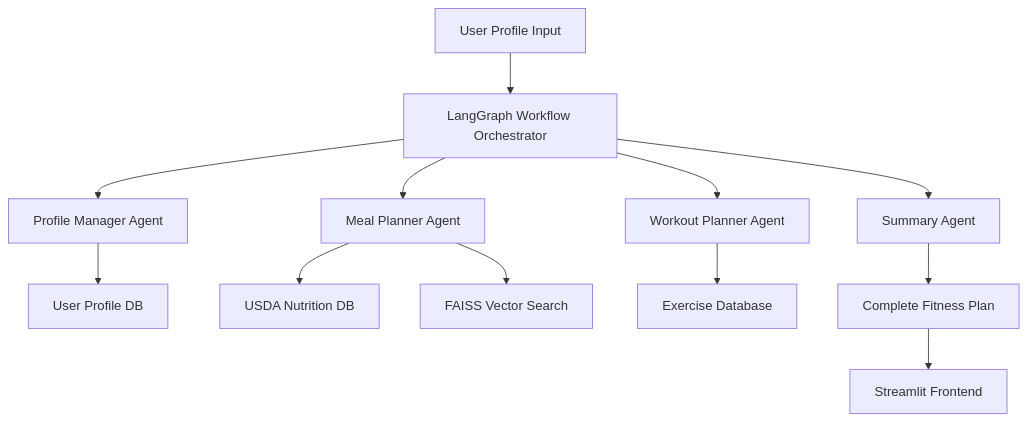
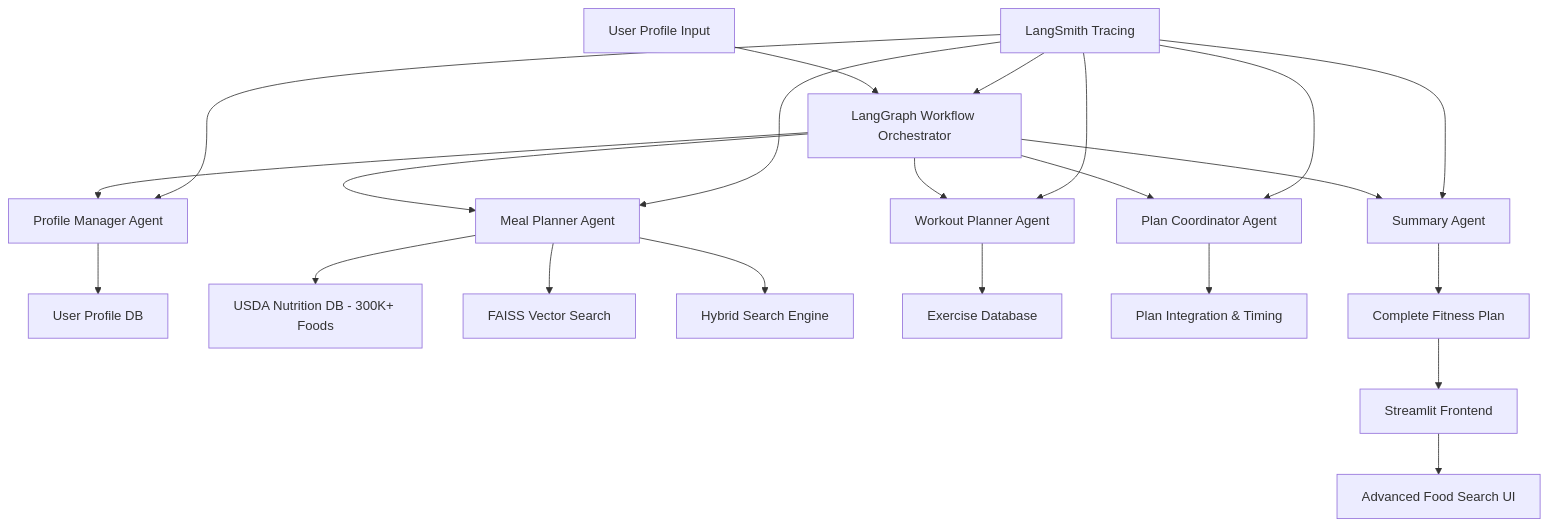
Before and after one commit to zen-apps/ai-fitness-planner: the diagram in LANGGRAPH.md, drawn with Mermaid. The commit also changed other lines of this file, not shown here.

````diff
--- a/LANGGRAPH.md
+++ b/LANGGRAPH.md
@@ -27,16 +27,27 @@
 ```mermaid
 graph TD
     A[User Profile Input] --> B[LangGraph Workflow Orchestrator]
     B --> C[Profile Manager Agent]
     B --> D[Meal Planner Agent]
     B --> E[Workout Planner Agent]
-    B --> F[Summary Agent]
+    B --> F[Plan Coordinator Agent]
+    B --> G[Summary Agent]
     
-    C --> G[User Profile DB]
-    D --> H[USDA Nutrition DB]
-    D --> I[FAISS Vector Search]
-    E --> J[Exercise Database]
+    C --> H[User Profile DB]
+    D --> I[USDA Nutrition DB - 300K+ Foods]
+    D --> J[FAISS Vector Search]
+    D --> K[Hybrid Search Engine]
+    E --> L[Exercise Database]
     
-    F --> K[Complete Fitness Plan]
-    K --> L[Streamlit Frontend]
+    F --> M[Plan Integration & Timing]
+    G --> N[Complete Fitness Plan]
+    N --> O[Streamlit Frontend]
+    O --> P[Advanced Food Search UI]
+    
+    Q[LangSmith Tracing] --> B
+    Q --> C
+    Q --> D
+    Q --> E
+    Q --> F
+    Q --> G
 ```
````
